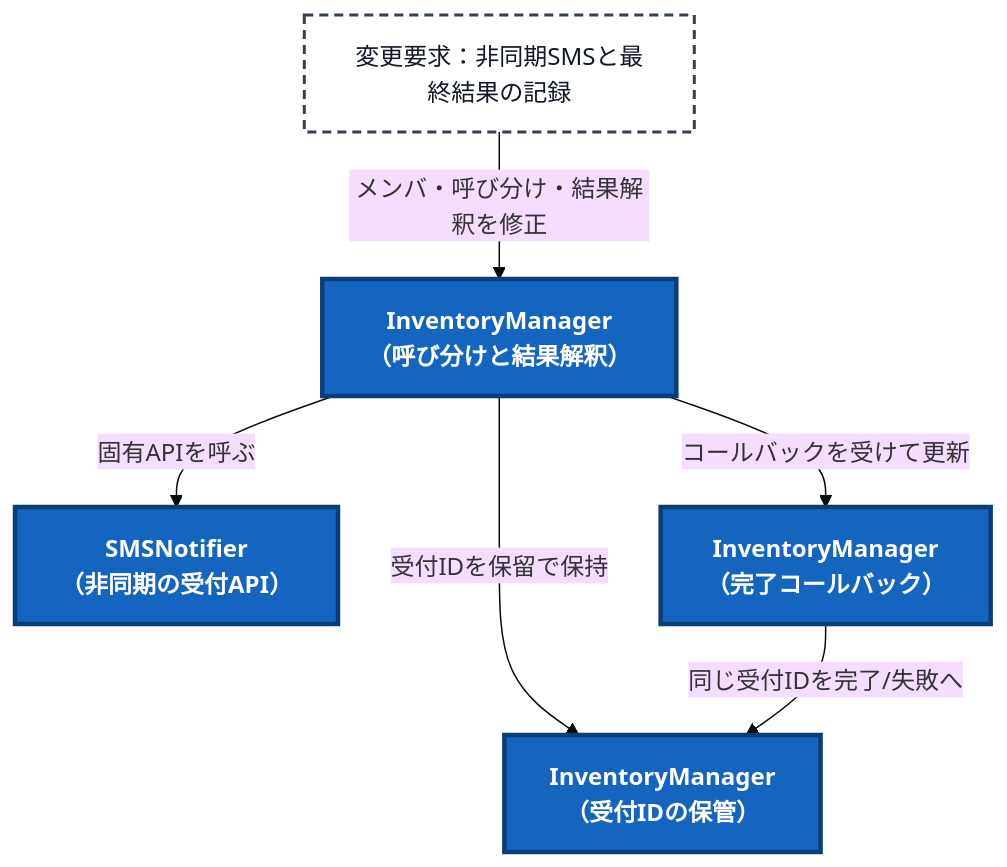
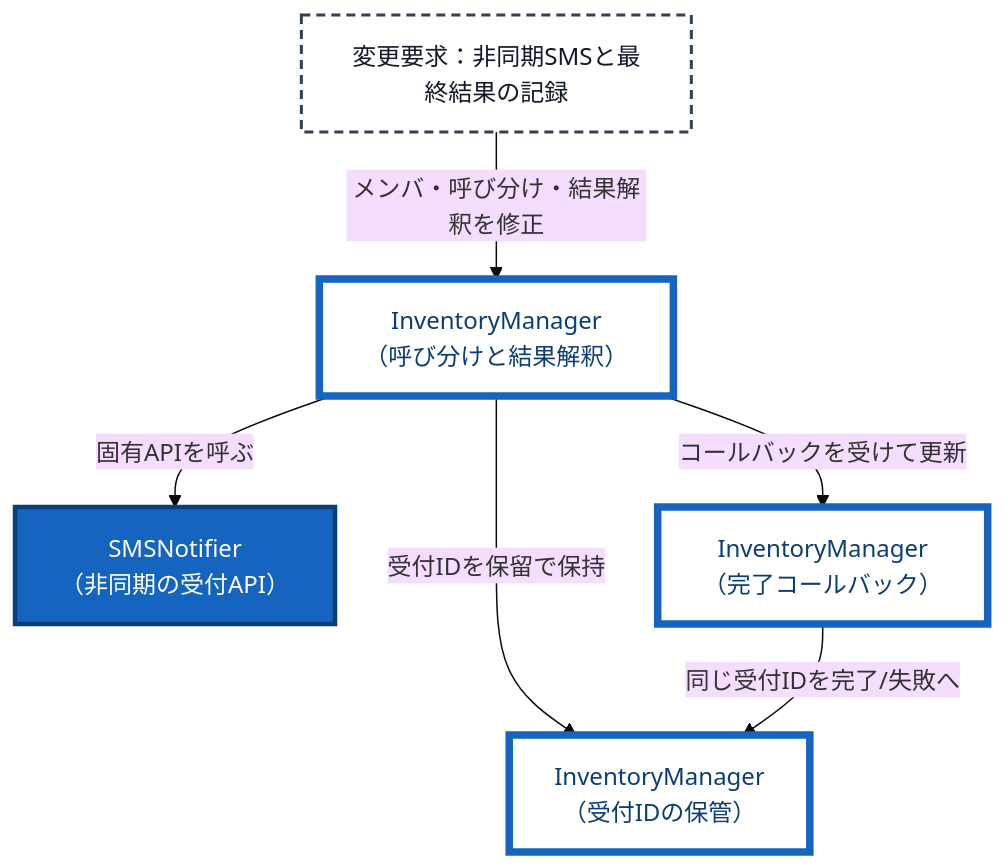
One commit to kumachan1101-pixel/DesignPattern changed the sixth of 13 diagrams in kindle/design-patterns/books/volume01-core-patterns/output/05-chapter03.md. Above: the diagram before and after it, drawn with Mermaid (base theme). The commit also changed other lines of this file and 11 other files, not shown here.

First line of the commit message:
図の印を「新しく作る／開いて直す」へ分け、抜粋の改変を直す

````diff
--- a/kindle/design-patterns/books/volume01-core-patterns/output/05-chapter03.md
+++ b/kindle/design-patterns/books/volume01-core-patterns/output/05-chapter03.md
@@ -1375,13 +1371,14 @@
 ```mermaid
 graph TD
     T1["変更要求：非同期SMSと最終結果の記録"]:::req
-        -->|"メンバ・呼び分け・結果解釈を修正"| A["InventoryManager<br>（呼び分けと結果解釈）"]:::changed
-    A -->|"固有APIを呼ぶ"| B["SMSNotifier<br>（非同期の受付API）"]:::changed
-    A -->|"受付IDを保留で保持"| C["InventoryManager<br>（受付IDの保管）"]:::changed
-    A -->|"コールバックを受けて更新"| D["InventoryManager<br>（完了コールバック）"]:::changed
+        -->|"メンバ・呼び分け・結果解釈を修正"| A["InventoryManager<br>（呼び分けと結果解釈）"]:::touched
+    A -->|"固有APIを呼ぶ"| B["SMSNotifier<br>（非同期の受付API）"]:::added
+    A -->|"受付IDを保留で保持"| C["InventoryManager<br>（受付IDの保管）"]:::touched
+    A -->|"コールバックを受けて更新"| D["InventoryManager<br>（完了コールバック）"]:::touched
     D -->|"同じ受付IDを完了/失敗へ"| C
 
     classDef req fill:#ffffff,stroke:#334155,stroke-width:2px,stroke-dasharray:6 4,color:#111827;
     classDef keep fill:#f1f5f9,stroke:#94a3b8,color:#334155;
-    classDef changed fill:#1565c0,stroke:#0b3d76,stroke-width:3px,color:#ffffff,font-weight:bold;
+    classDef added fill:#1565c0,stroke:#0b3d76,stroke-width:3px,color:#ffffff;
+    classDef touched fill:#ffffff,stroke:#1565c0,stroke-width:5px,color:#0b3d76;
 ```
````
